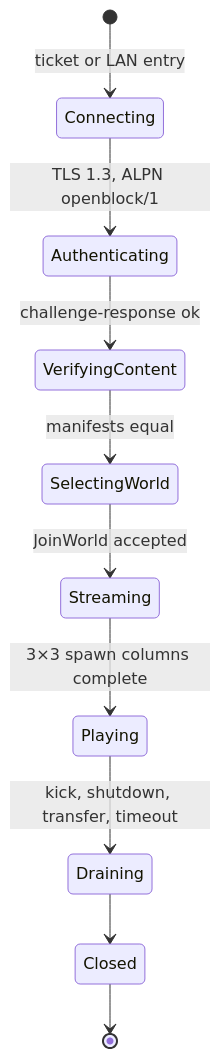
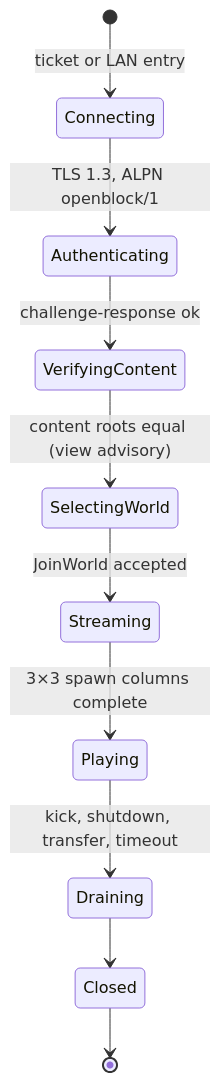
One commit to martintondel02/openblock changed the second of 2 diagrams in docs/spec/18-networking-multiplayer.md. Above: the diagram before and after it, drawn with Mermaid. The commit also changed other lines of this file and 57 other files, not shown here.

````diff
--- a/docs/spec/18-networking-multiplayer.md
+++ b/docs/spec/18-networking-multiplayer.md
@@ -340,12 +387,12 @@
 ```mermaid
 stateDiagram-v2
   [*] --> Connecting: ticket or LAN entry
   Connecting --> Authenticating: TLS 1.3, ALPN openblock/1
   Authenticating --> VerifyingContent: challenge-response ok
-  VerifyingContent --> SelectingWorld: manifests equal
+  VerifyingContent --> SelectingWorld: content roots equal (view advisory)
   SelectingWorld --> Streaming: JoinWorld accepted
   Streaming --> Playing: 3×3 spawn columns complete
   Playing --> Draining: kick, shutdown, transfer, timeout
   Draining --> Closed
   Closed --> [*]
 ```
````
